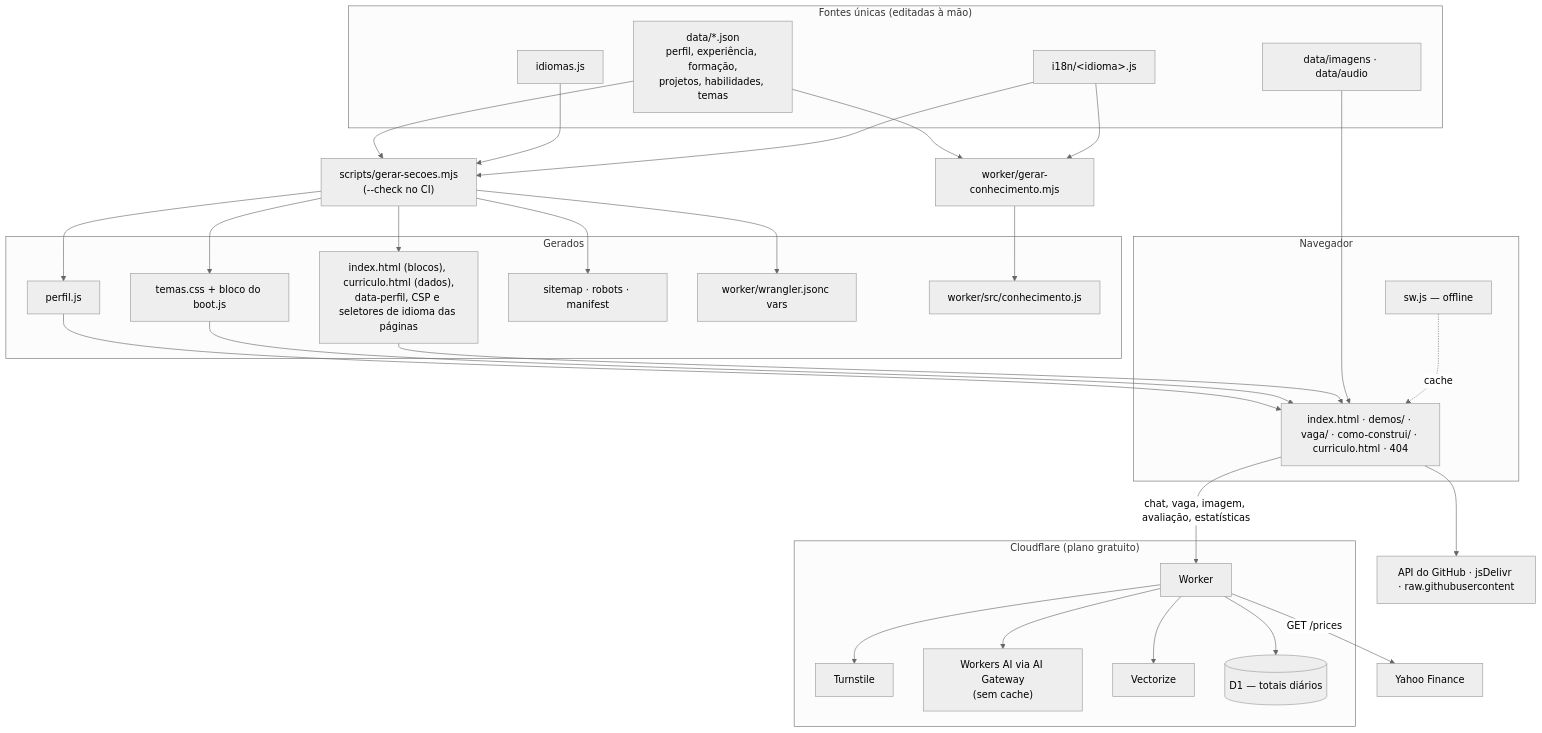
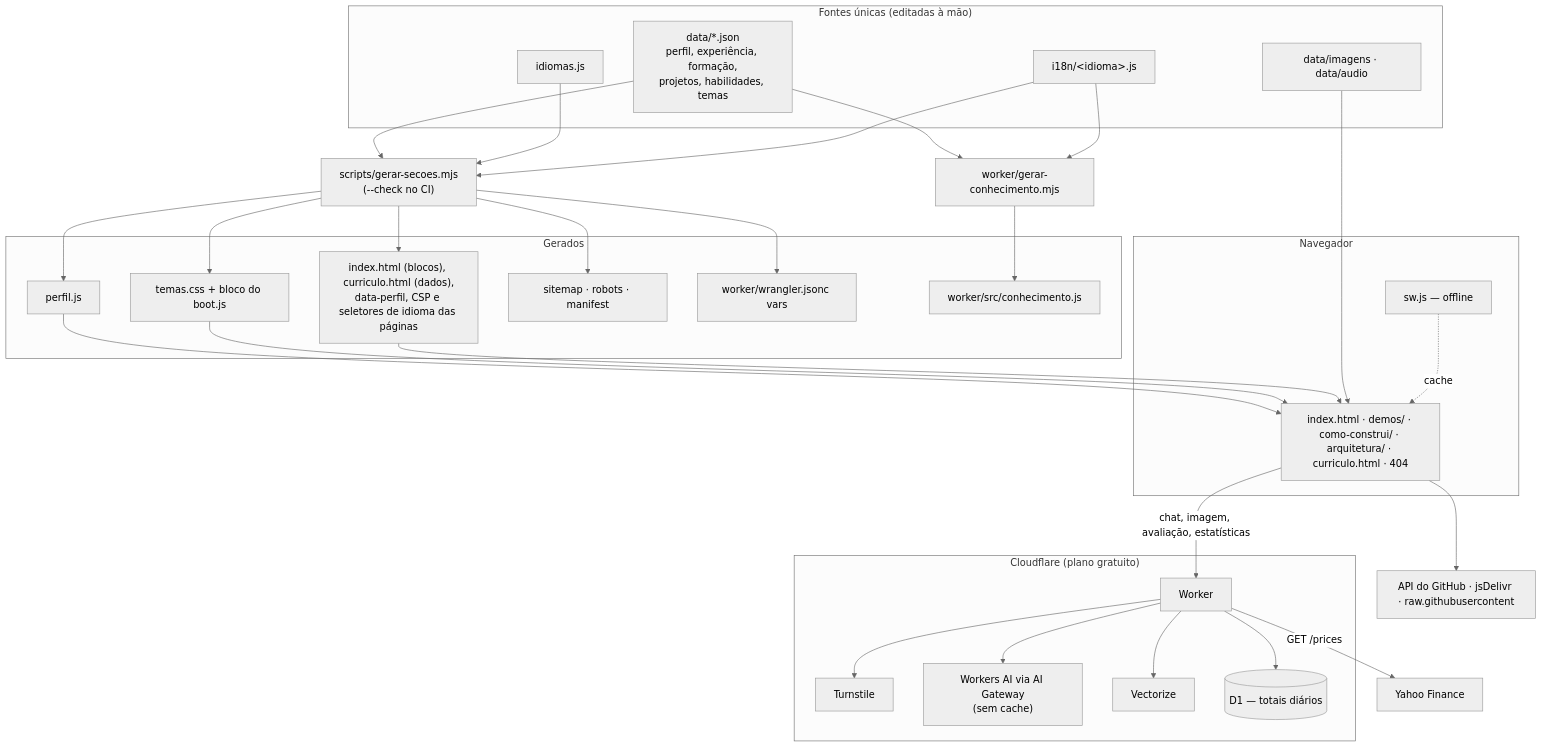
Before and after one commit to emanueleborges/emanueleborges.github.io: the diagram in docs/sdd/plan.md, drawn with Mermaid (neutral theme). The commit also changed other lines of this file and 40 other files, not shown here.

````diff
--- a/docs/sdd/plan.md
+++ b/docs/sdd/plan.md
@@ -11,49 +11,49 @@
 ```mermaid
 flowchart TB
   subgraph Fontes["Fontes únicas (editadas à mão)"]
     DATA["data/*.json<br/>perfil, experiência, formação,<br/>projetos, habilidades, temas"]
     MEDIA["data/imagens · data/audio"]
     LANGS[idiomas.js]
     I18N["i18n/&lt;idioma&gt;.js"]
   end
   GEN["scripts/gerar-secoes.mjs<br/>(--check no CI)"]
   KNOW["worker/gerar-conhecimento.mjs"]
   subgraph Gerados["Gerados"]
     PERFIL[perfil.js]
     TEMAS[temas.css + bloco do boot.js]
     HTML["index.html (blocos), curriculo.html (dados),<br/>data-perfil, CSP e seletores de idioma das páginas"]
     SEO[sitemap · robots · manifest]
     WCFG[worker/wrangler.jsonc vars]
     CONH[worker/src/conhecimento.js]
   end
   subgraph Navegador
-    PAGES["index.html · demos/ · vaga/ · como-construi/ · curriculo.html · 404"]
+    PAGES["index.html · demos/ · como-construi/ · arquitetura/ · curriculo.html · 404"]
     SW[sw.js — offline]
   end
   subgraph CF["Cloudflare (plano gratuito)"]
     WORKER[Worker]
     TURN[Turnstile]
     WAI["Workers AI via AI Gateway<br/>(sem cache)"]
     VEC[Vectorize]
     DB[(D1 — totais diários)]
   end
   GH[API do GitHub · jsDelivr · raw.githubusercontent]
   YF[Yahoo Finance]
 
   DATA --> GEN
   LANGS --> GEN
   I18N --> GEN
   GEN --> PERFIL & TEMAS & HTML & SEO & WCFG
   DATA --> KNOW
   I18N --> KNOW
   KNOW --> CONH
   PERFIL & TEMAS & HTML & MEDIA --> PAGES
-  PAGES -->|chat, vaga, imagem, avaliação, estatísticas| WORKER
+  PAGES -->|chat, imagem, avaliação, estatísticas| WORKER
   PAGES --> GH
   WORKER --> TURN
   WORKER --> WAI
   WORKER --> VEC
   WORKER --> DB
   WORKER -->|GET /prices| YF
   SW -. cache .-> PAGES
 ```
````
